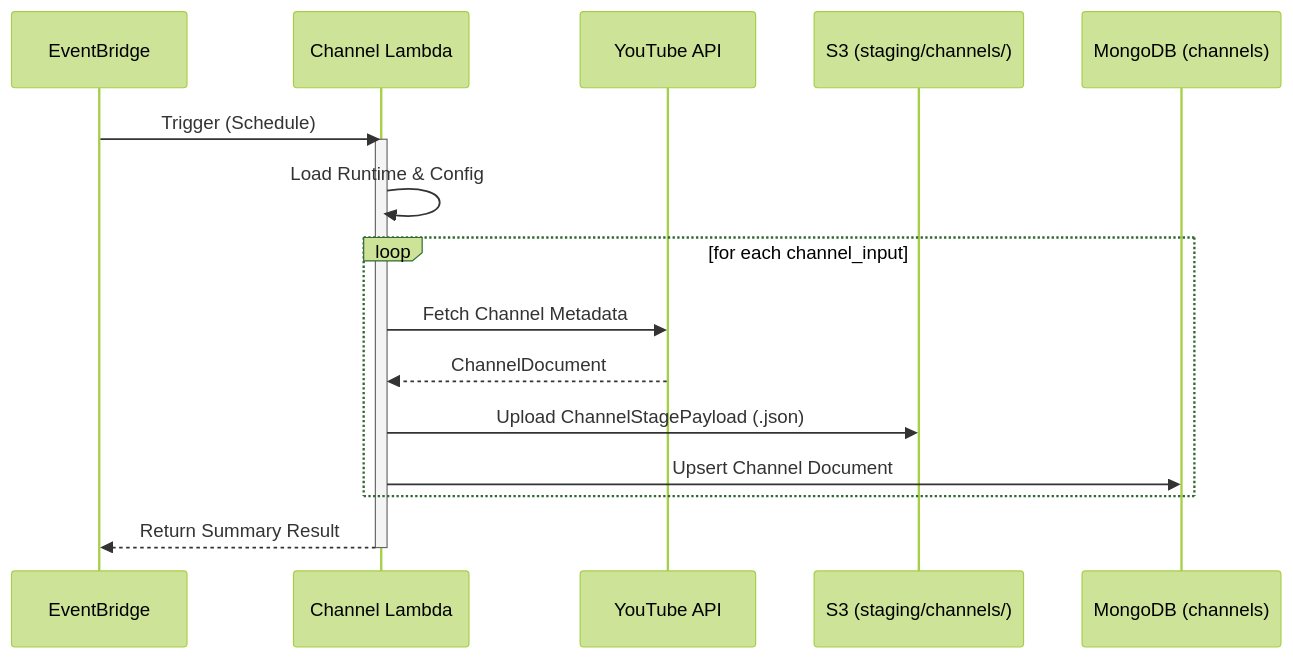
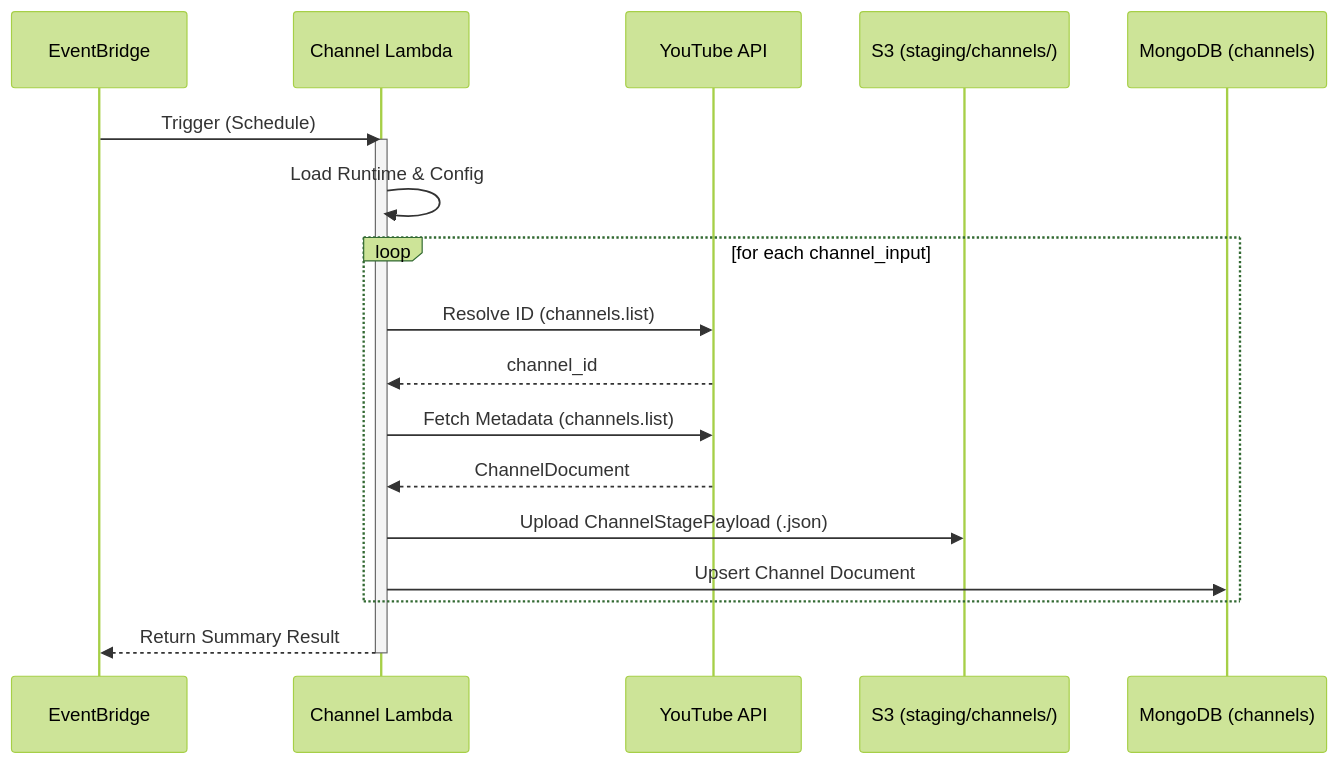
Before and after one commit to kaushalkrishna2000/youtube-bot-analytics: the second of 3 diagrams in channel_lambda/README.md, drawn with Mermaid (forest theme). The commit also changed other lines of this file and 3 other files, not shown here.

Commit message:
Update README files to reflect detailed execution flow, added enriched client-specific diagrams, enhanced YouTube API phase descriptions, and streamlined MongoDB persistence logic

````diff
--- a/channel_lambda/README.md
+++ b/channel_lambda/README.md
@@ -38,22 +51,24 @@
 ```mermaid
 sequenceDiagram
     participant EB as EventBridge
     participant CL as Channel Lambda
     participant YT as YouTube API
     participant S3 as S3 (staging/channels/)
     participant DB as MongoDB (channels)
 
     EB->>CL: Trigger (Schedule)
     activate CL
     CL->>CL: Load Runtime & Config
     
     loop for each channel_input
-        CL->>YT: Fetch Channel Metadata
+        CL->>YT: Resolve ID (channels.list)
+        YT-->>CL: channel_id
+        CL->>YT: Fetch Metadata (channels.list)
         YT-->>CL: ChannelDocument
         CL->>S3: Upload ChannelStagePayload (.json)
         CL->>DB: Upsert Channel Document
     end
     
     CL-->>EB: Return Summary Result
     deactivate CL
 ```
````
